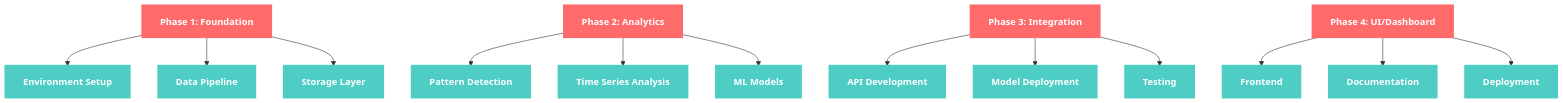
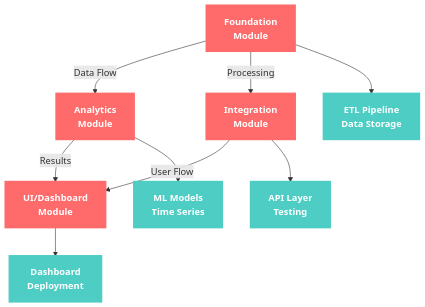
One commit to ngnnah/energy-optimization changed the fourth of 4 diagrams in README.md. Above: the diagram before and after it, drawn with Mermaid. The commit also changed other lines of this file and 15 other files, not shown here.

````diff
--- a/README.md
+++ b/README.md
@@ -80,21 +78,21 @@
 ```mermaid
 graph TD
     classDef phase fill:#FF6B6B,stroke:#FF6B6B,stroke-width:4px,color:white,font-weight:bold
-    classDef component fill:#4ECDC4,stroke:#4ECDC4,stroke-width:4px,color:white,font-weight:bold
+    classDef module fill:#4ECDC4,stroke:#4ECDC4,stroke-width:4px,color:white,font-weight:bold
 
-    P1[Phase 1: Foundation]:::phase --> C1[Environment Setup]:::component
-    P1 --> C2[Data Pipeline]:::component
-    P1 --> C3[Storage Layer]:::component
-
-    P2[Phase 2: Analytics]:::phase --> C4[Pattern Detection]:::component
-    P2 --> C5[Time Series Analysis]:::component
-    P2 --> C6[ML Models]:::component
-
-    P3[Phase 3: Integration]:::phase --> C7[API Development]:::component
-    P3 --> C8[Model Deployment]:::component
-    P3 --> C9[Testing]:::component
-
-    P4[Phase 4: UI/Dashboard]:::phase --> C10[Frontend]:::component
-    P4 --> C11[Documentation]:::component
-    P4 --> C12[Deployment]:::component
+    %% Top Row
+    F[Foundation<br/>Module]:::phase --> |Data Flow| A[Analytics<br/>Module]:::phase
+    
+    %% Bottom Row
+    I[Integration<br/>Module]:::phase --> |User Flow| U[UI/Dashboard<br/>Module]:::phase
+    
+    %% Vertical Connections
+    F --> |Processing| I
+    A --> |Results| U
+    
+    %% Components in each module
+    F --> F1[ETL Pipeline<br/>Data Storage]:::module
+    A --> A1[ML Models<br/>Time Series]:::module
+    I --> I1[API Layer<br/>Testing]:::module
+    U --> U1[Dashboard<br/>Deployment]:::module
 ```
````
